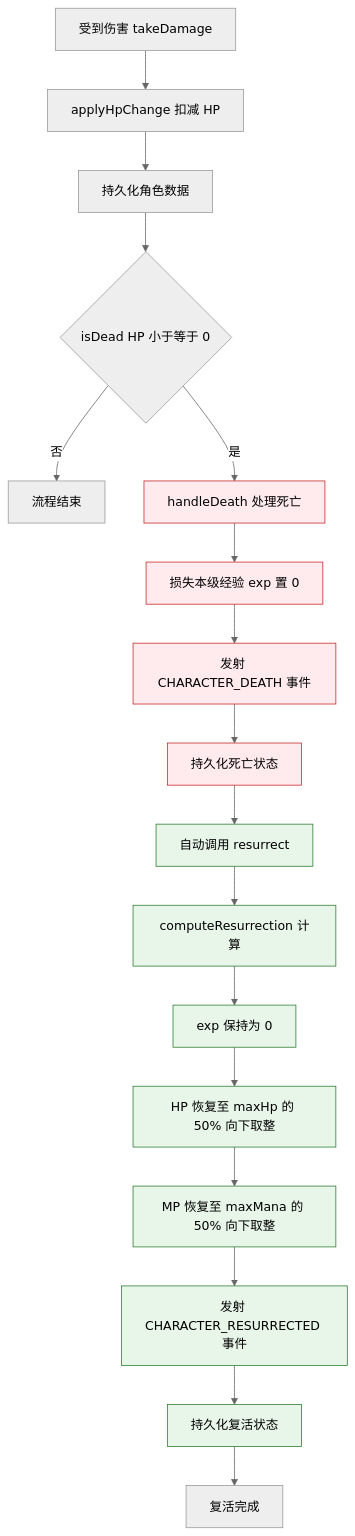
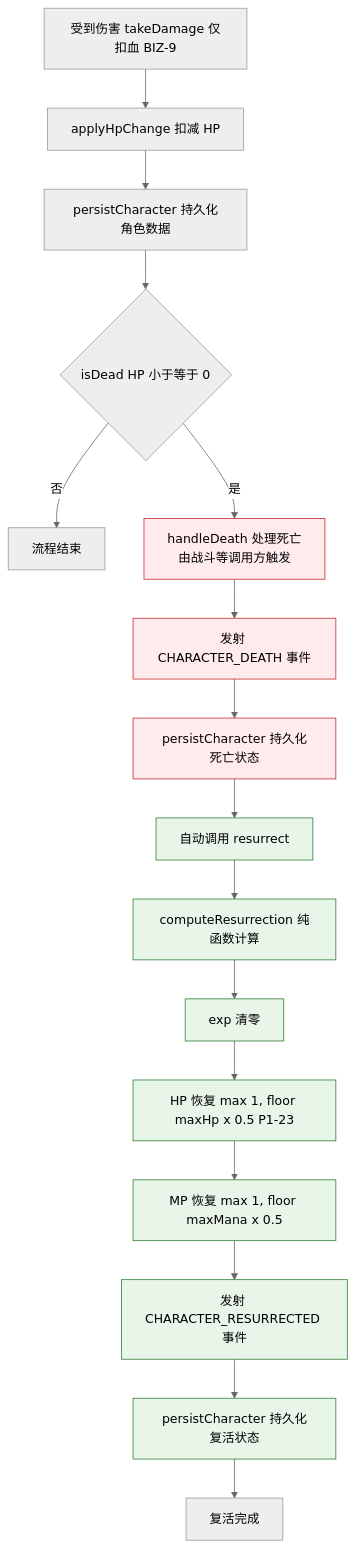
One commit to SonDemigods/wow_dnd changed the sixth of 18 diagrams in doc/project/BUSINESS_PROCESSES.md. Above: the diagram before and after it, drawn with Mermaid (neutral theme). The commit also changed other lines of this file and 55 other files, not shown here.

````diff
--- a/doc/project/BUSINESS_PROCESSES.md
+++ b/doc/project/BUSINESS_PROCESSES.md
@@ -88,24 +280,23 @@
 ```mermaid
 flowchart TD
-    A[受到伤害 takeDamage] --> B[applyHpChange 扣减 HP]
-    B --> C[持久化角色数据]
+    A[受到伤害 takeDamage 仅扣血 BIZ-9] --> B[applyHpChange 扣减 HP]
+    B --> C[persistCharacter 持久化角色数据]
     C --> D{isDead HP 小于等于 0}
     D -- 否 --> E[流程结束]
-    D -- 是 --> F[handleDeath 处理死亡]
-    F --> G[损失本级经验 exp 置 0]
-    G --> H[发射 CHARACTER_DEATH 事件]
-    H --> I[持久化死亡状态]
-    I --> J[自动调用 resurrect]
-    J --> K[computeResurrection 计算]
-    K --> K1[exp 保持为 0]
-    K1 --> K2[HP 恢复至 maxHp 的 50% 向下取整]
-    K2 --> K3[MP 恢复至 maxMana 的 50% 向下取整]
-    K3 --> L[发射 CHARACTER_RESURRECTED 事件]
-    L --> M[持久化复活状态]
-    M --> N[复活完成]
+    D -- 是 --> F[handleDeath 处理死亡<br/>由战斗等调用方触发]
+    F --> G[发射 CHARACTER_DEATH 事件]
+    G --> H[persistCharacter 持久化死亡状态]
+    H --> I[自动调用 resurrect]
+    I --> J[computeResurrection 纯函数计算]
+    J --> J1[exp 清零]
+    J1 --> J2[HP 恢复 max 1, floor maxHp x 0.5 P1-23]
+    J2 --> J3[MP 恢复 max 1, floor maxMana x 0.5]
+    J3 --> K[发射 CHARACTER_RESURRECTED 事件]
+    K --> L[persistCharacter 持久化复活状态]
+    L --> M[复活完成]
 
     classDef death fill:#ffebee,stroke:#c62828
     classDef revive fill:#e8f5e9,stroke:#2e7d32
-    class F,G,H,I death
-    class J,K,K1,K2,K3,L,M revive
+    class F,G,H death
+    class I,J,J1,J2,J3,K,L revive
 ```
````
